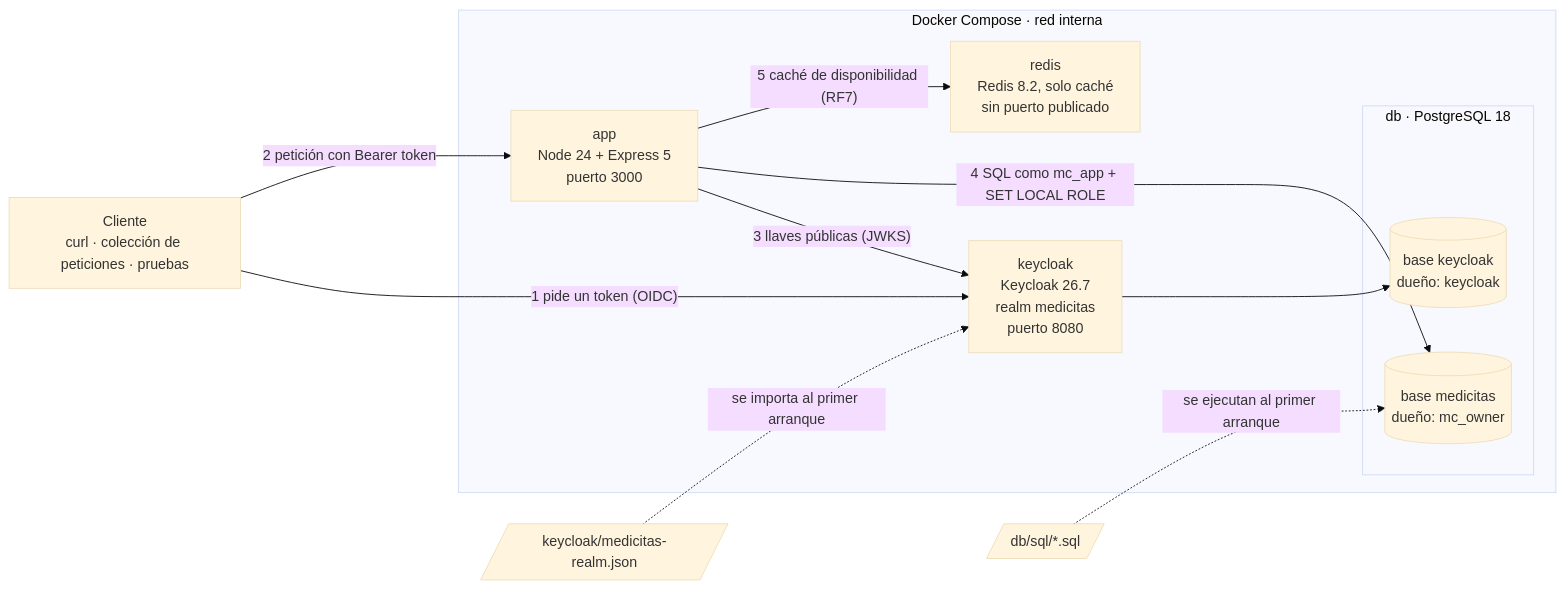
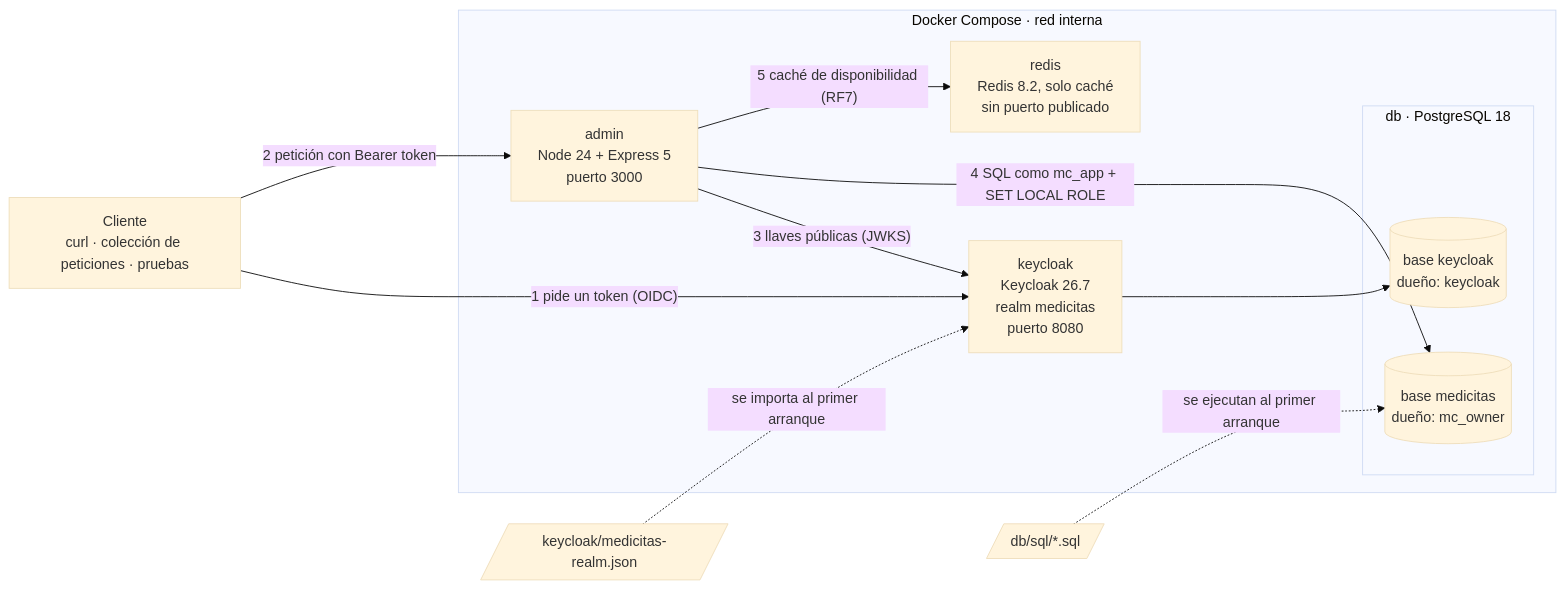
One commit to MechaBort/MediCitas changed the first of 6 diagrams in docs/diagramas.md. Above: the diagram before and after it, drawn with Mermaid (base theme). The commit also changed 22 other files, not shown here.

````diff
--- a/docs/diagramas.md
+++ b/docs/diagramas.md
@@ -8,26 +8,26 @@
 ```mermaid
 flowchart LR
     cliente["Cliente<br/>curl · colección de peticiones · pruebas"]
 
     subgraph compose["Docker Compose · red interna"]
-        app["app<br/>Node 24 + Express 5<br/>puerto 3000"]
+        admin["admin<br/>Node 24 + Express 5<br/>puerto 3000"]
         kc["keycloak<br/>Keycloak 26.7<br/>realm medicitas<br/>puerto 8080"]
         subgraph pg["db · PostgreSQL 18"]
             medicitas[("base medicitas<br/>dueño: mc_owner")]
             kcdb[("base keycloak<br/>dueño: keycloak")]
         end
         redis["redis<br/>Redis 8.2, solo caché<br/>sin puerto publicado"]
     end
 
     realm[/"keycloak/medicitas-realm.json"/]
     sql[/"db/sql/*.sql"/]
 
     cliente -- "1 pide un token (OIDC)" --> kc
-    cliente -- "2 petición con Bearer token" --> app
-    app -- "3 llaves públicas (JWKS)" --> kc
-    app -- "4 SQL como mc_app + SET LOCAL ROLE" --> medicitas
-    app -- "5 caché de disponibilidad (RF7)" --> redis
+    cliente -- "2 petición con Bearer token" --> admin
+    admin -- "3 llaves públicas (JWKS)" --> kc
+    admin -- "4 SQL como mc_app + SET LOCAL ROLE" --> medicitas
+    admin -- "5 caché de disponibilidad (RF7)" --> redis
     kc --> kcdb
     realm -. "se importa al primer arranque" .-> kc
     sql -. "se ejecutan al primer arranque" .-> medicitas
 ```
````
